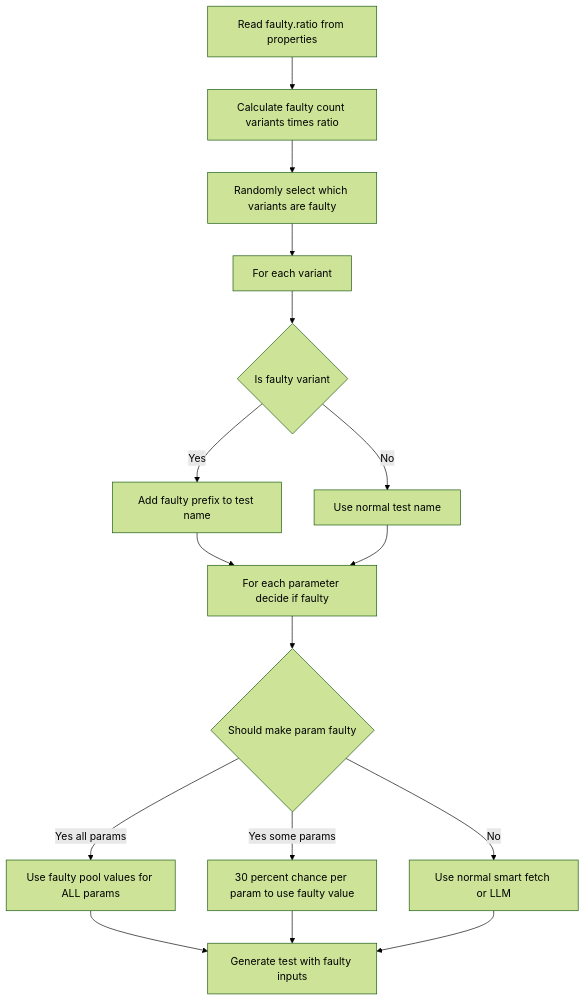
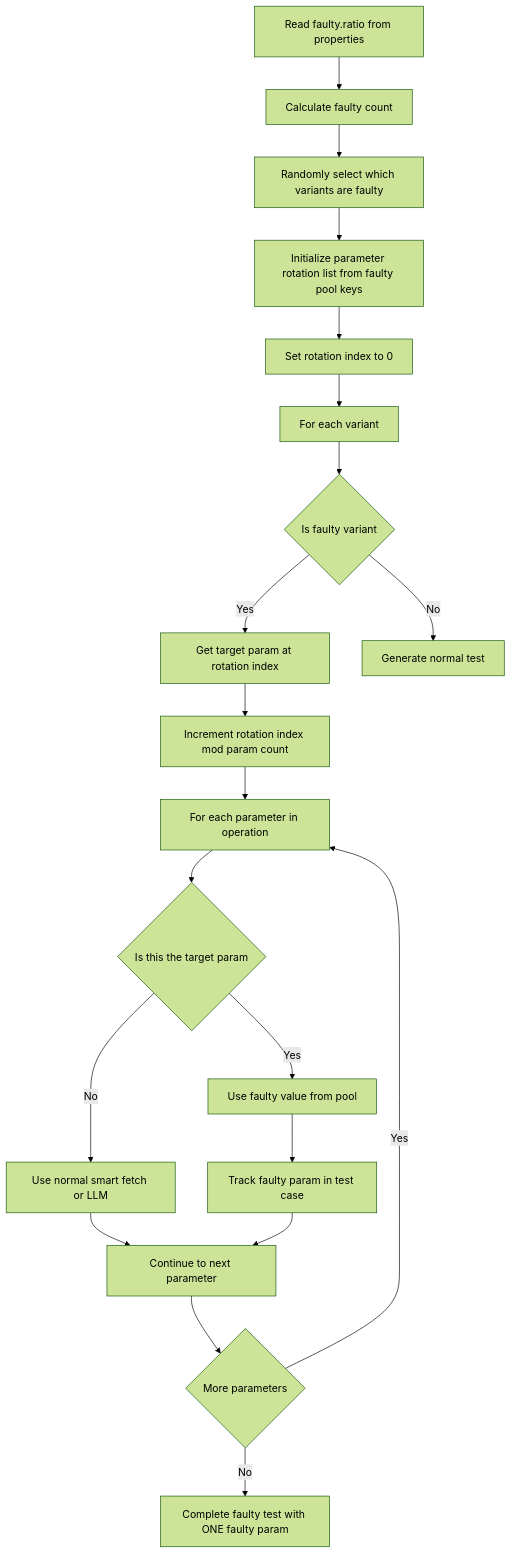
One commit to miaoti/Rest changed the fourth of 8 diagrams in src/main/resources/My-Example/trainticket/flow.md. Above: the diagram before and after it, drawn with Mermaid (forest theme). The commit also changed other lines of this file and 48 other files, not shown here.

````diff
--- a/src/main/resources/My-Example/trainticket/flow.md
+++ b/src/main/resources/My-Example/trainticket/flow.md
@@ -110,18 +110,22 @@
 ```mermaid
 flowchart TD
-    A[Read faulty.ratio from properties] --> B[Calculate faulty count variants times ratio]
+    A[Read faulty.ratio from properties] --> B[Calculate faulty count]
     B --> C[Randomly select which variants are faulty]
-    C --> D[For each variant]
-    D --> E{Is faulty variant}
-    E -->|Yes| F[Add faulty prefix to test name]
-    E -->|No| G[Use normal test name]
-    F --> H[For each parameter decide if faulty]
-    G --> H
-    H --> I{Should make param faulty}
-    I -->|Yes all params| J[Use faulty pool values for ALL params]
-    I -->|Yes some params| K[30 percent chance per param to use faulty value]
-    I -->|No| L[Use normal smart fetch or LLM]
-    J --> M[Generate test with faulty inputs]
-    K --> M
-    L --> M
+    C --> D[Initialize parameter rotation list from faulty pool keys]
+    D --> E[Set rotation index to 0]
+    E --> F[For each variant]
+    F --> G{Is faulty variant}
+    G -->|Yes| H[Get target param at rotation index]
+    G -->|No| I[Generate normal test]
+    H --> J[Increment rotation index mod param count]
+    J --> K[For each parameter in operation]
+    K --> L{Is this the target param}
+    L -->|Yes| M[Use faulty value from pool]
+    L -->|No| N[Use normal smart fetch or LLM]
+    M --> O[Track faulty param in test case]
+    N --> P[Continue to next parameter]
+    O --> P
+    P --> Q{More parameters}
+    Q -->|Yes| K
+    Q -->|No| R[Complete faulty test with ONE faulty param]
 ```
````
